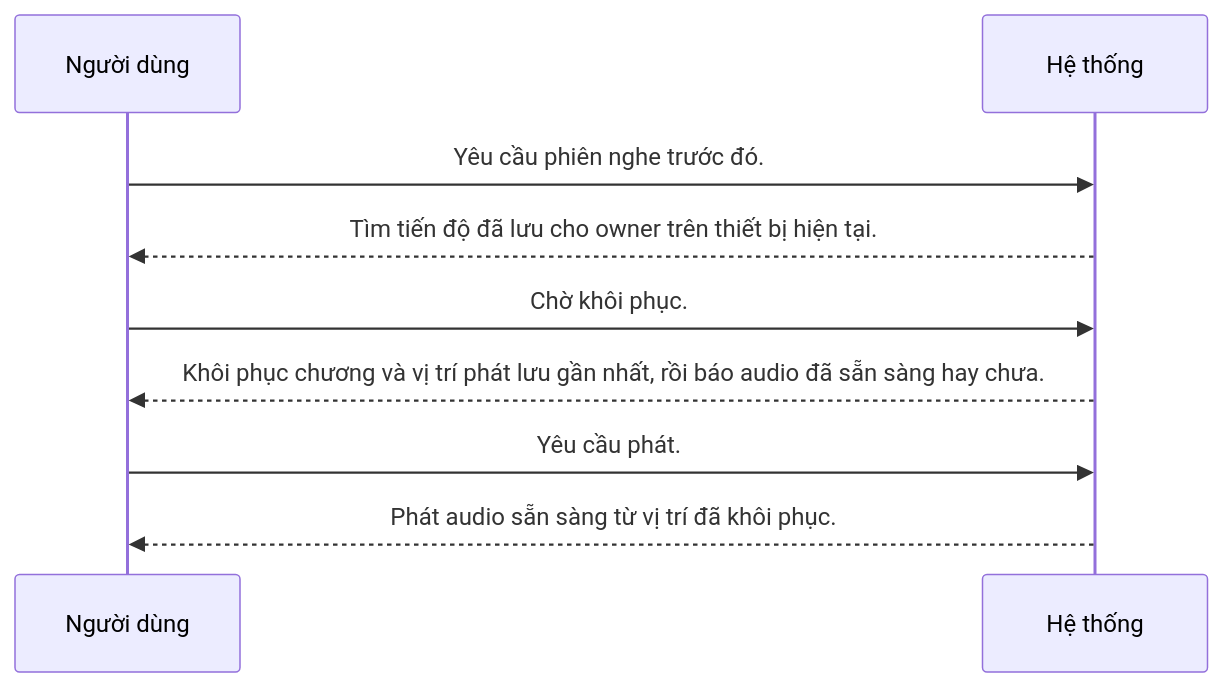
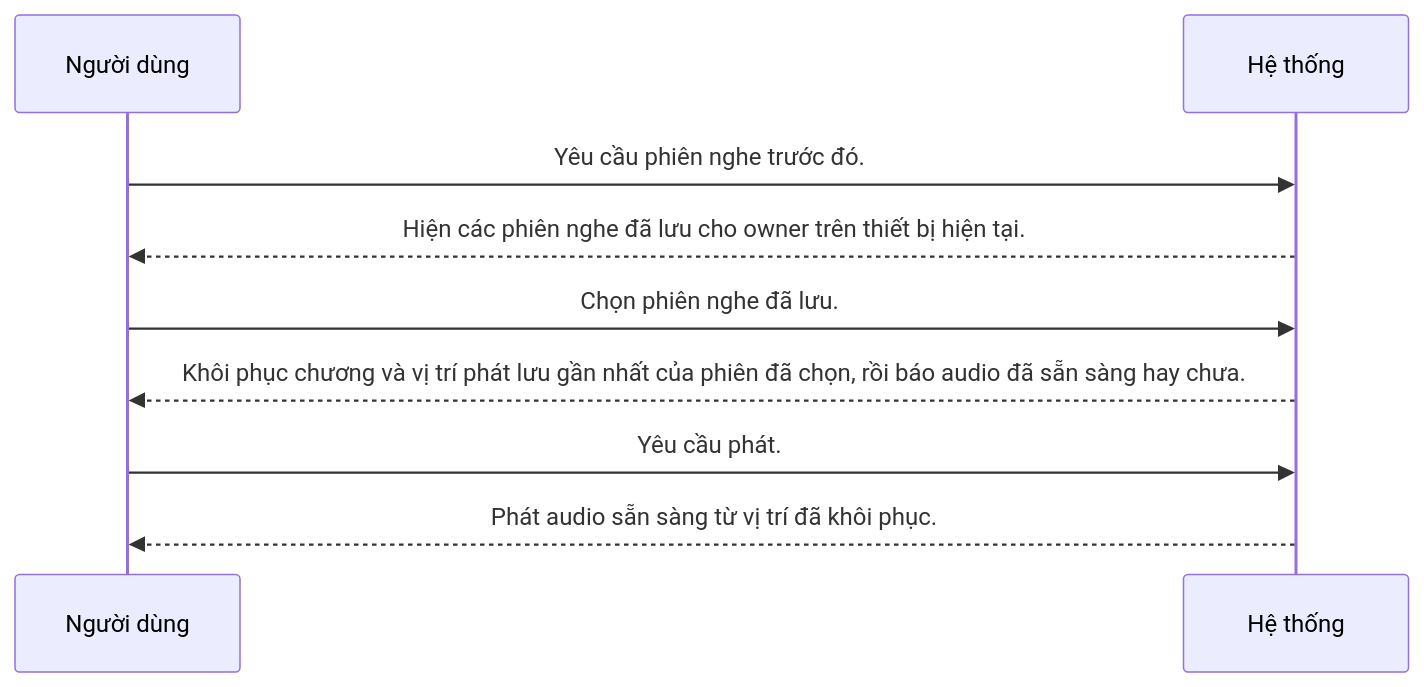
One commit to BuhDuy256/novsay changed the diagram in docs/spec/02-use-cases/UC-003.md. Above: the diagram before and after it, drawn with Mermaid. The commit also changed other lines of this file and 6 other files, not shown here.

````diff
--- a/docs/spec/02-use-cases/UC-003.md
+++ b/docs/spec/02-use-cases/UC-003.md
@@ -12,11 +12,11 @@
 ```mermaid
 sequenceDiagram
   participant U as Người dùng
   participant S as Hệ thống
   U->>S: Yêu cầu phiên nghe trước đó.
-  S-->>U: Tìm tiến độ đã lưu cho owner trên thiết bị hiện tại.
-  U->>S: Chờ khôi phục.
-  S-->>U: Khôi phục chương và vị trí phát lưu gần nhất, rồi báo audio đã sẵn sàng hay chưa.
+  S-->>U: Hiện các phiên nghe đã lưu cho owner trên thiết bị hiện tại.
+  U->>S: Chọn phiên nghe đã lưu.
+  S-->>U: Khôi phục chương và vị trí phát lưu gần nhất của phiên đã chọn, rồi báo audio đã sẵn sàng hay chưa.
   U->>S: Yêu cầu phát.
   S-->>U: Phát audio sẵn sàng từ vị trí đã khôi phục.
 ```
````
